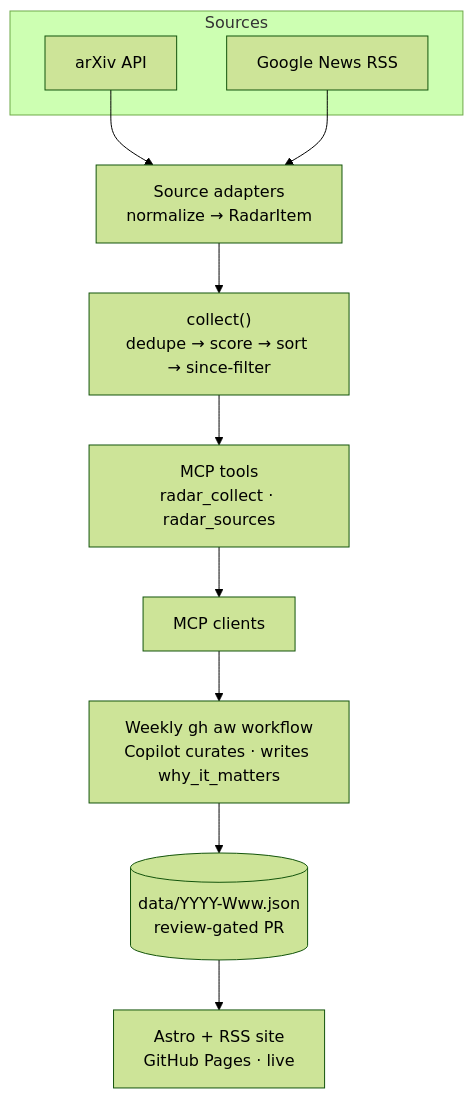
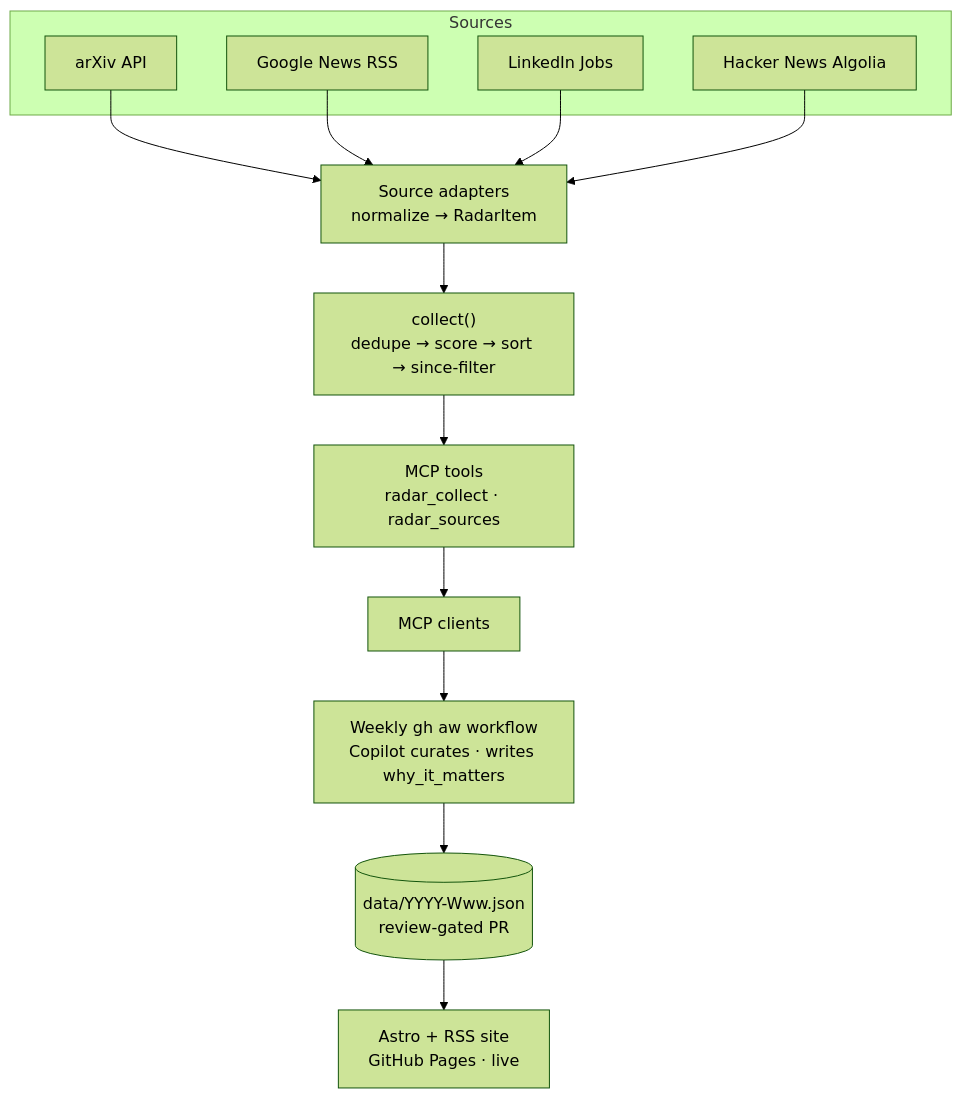
The diagram in README.md (ChanMeng666/femtech-radar), drawn with Mermaid (forest theme) before and after one commit. The commit also changed other lines of this file and 3 other files, not shown here.

````diff
--- a/README.md
+++ b/README.md
@@ -99,15 +100,19 @@
 ```mermaid
 graph TD
     subgraph Sources
       A1[arXiv API]
       A2[Google News RSS]
+      A3[LinkedIn Jobs]
+      A4[Hacker News Algolia]
     end
     A1 --> AD[Source adapters<br/>normalize → RadarItem]
     A2 --> AD
+    A3 --> AD
+    A4 --> AD
     AD --> P["collect()<br/>dedupe → score → sort → since-filter"]
     P --> T[MCP tools<br/>radar_collect · radar_sources]
     T --> C[MCP clients]
     C --> W[Weekly gh aw workflow<br/>Copilot curates · writes why_it_matters]
     W --> D[(data/YYYY-Www.json<br/>review-gated PR)]
     D --> S[Astro + RSS site<br/>GitHub Pages · live]
 ```
````
